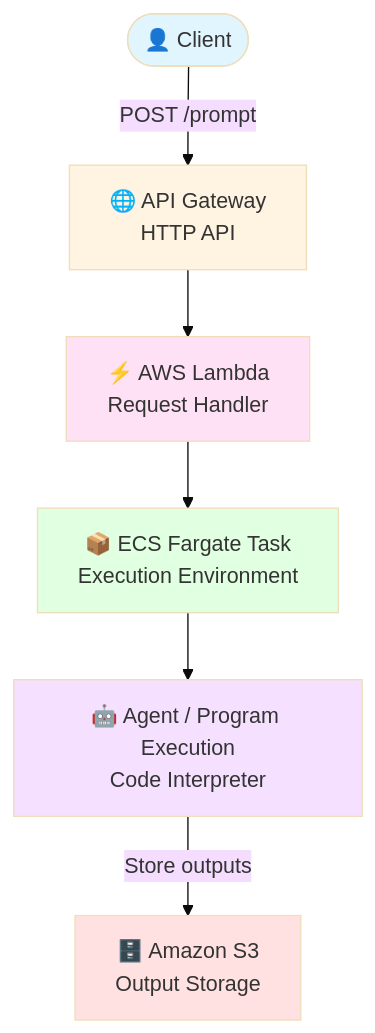
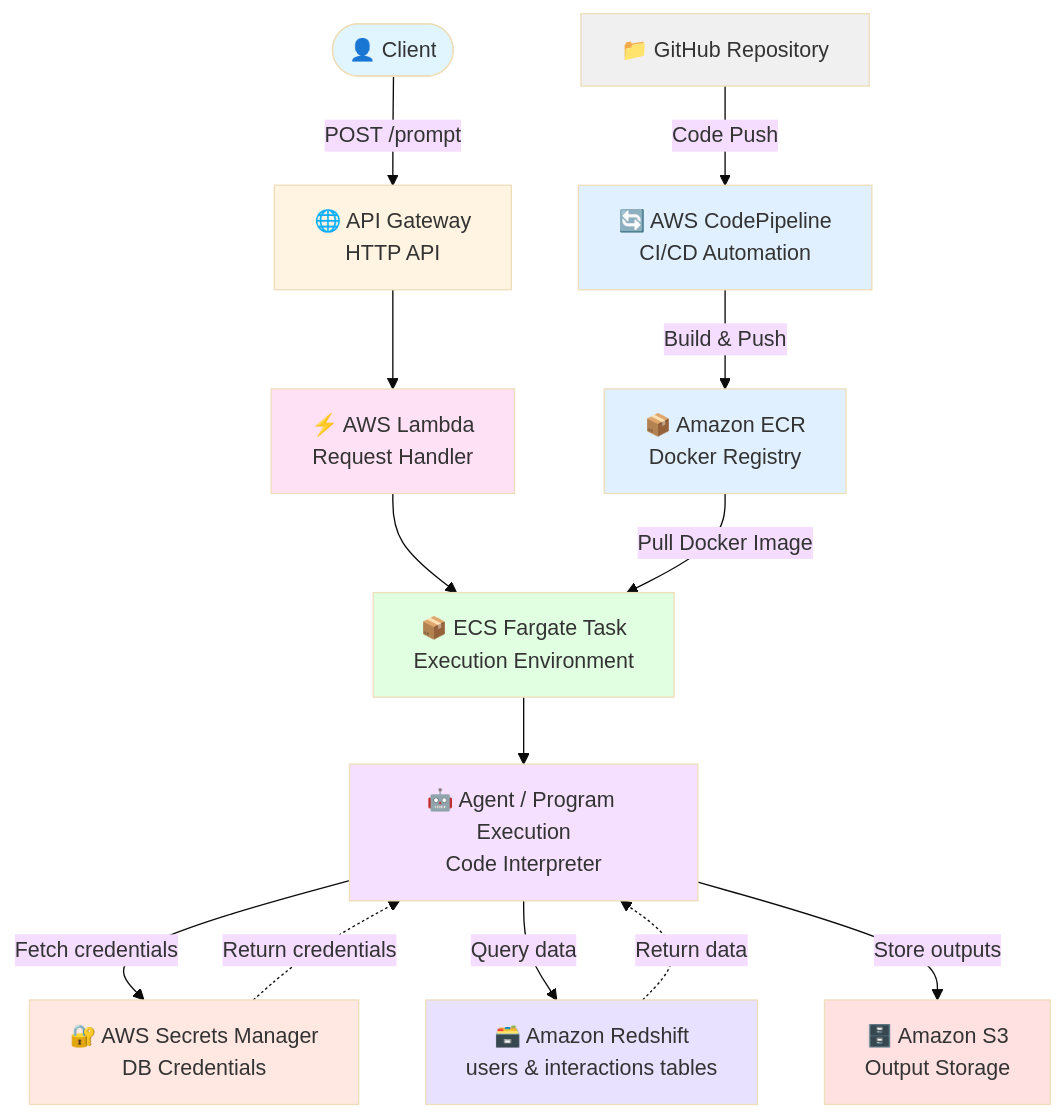
One commit to knkasa/LLM_python_executor changed the diagram in README.md. Above: the diagram before and after it, drawn with Mermaid (base theme). The commit also changed other lines of this file, not shown here.

````diff
--- a/README.md
+++ b/README.md
@@ -37,15 +39,30 @@
 ```mermaid
 flowchart TD
+    GitHub[📁 GitHub Repository] -->|Code Push| CodePipeline[🔄 AWS CodePipeline<br/>CI/CD Automation]
+    CodePipeline -->|Build & Push| ECR[📦 Amazon ECR<br/>Docker Registry]
+    
     Client([👤 Client]) -->|POST /prompt| APIGW[🌐 API Gateway<br/>HTTP API]
     APIGW --> Lambda[⚡ AWS Lambda<br/>Request Handler]
     Lambda --> ECS[📦 ECS Fargate Task<br/>Execution Environment]
+    ECR -->|Pull Docker Image| ECS
     ECS --> LLM[🤖 Agent / Program Execution<br/>Code Interpreter]
+    
+    LLM -->|Fetch credentials| SM[🔐 AWS Secrets Manager<br/>DB Credentials]
+    SM -.->|Return credentials| LLM
+    LLM -->|Query data| Redshift[🗃️ Amazon Redshift<br/>users & interactions tables]
+    Redshift -.->|Return data| LLM
+    
     LLM -->|Store outputs| S3[🗄️ Amazon S3<br/>Output Storage]
     
+    style GitHub fill:#f0f0f0
+    style CodePipeline fill:#e1f0ff
+    style ECR fill:#e1f0ff
     style Client fill:#e1f5ff
     style APIGW fill:#fff4e1
     style Lambda fill:#ffe1f5
     style ECS fill:#e1ffe1
     style LLM fill:#f5e1ff
+    style SM fill:#ffe8e1
+    style Redshift fill:#e8e1ff
     style S3 fill:#ffe1e1
 ```
````
